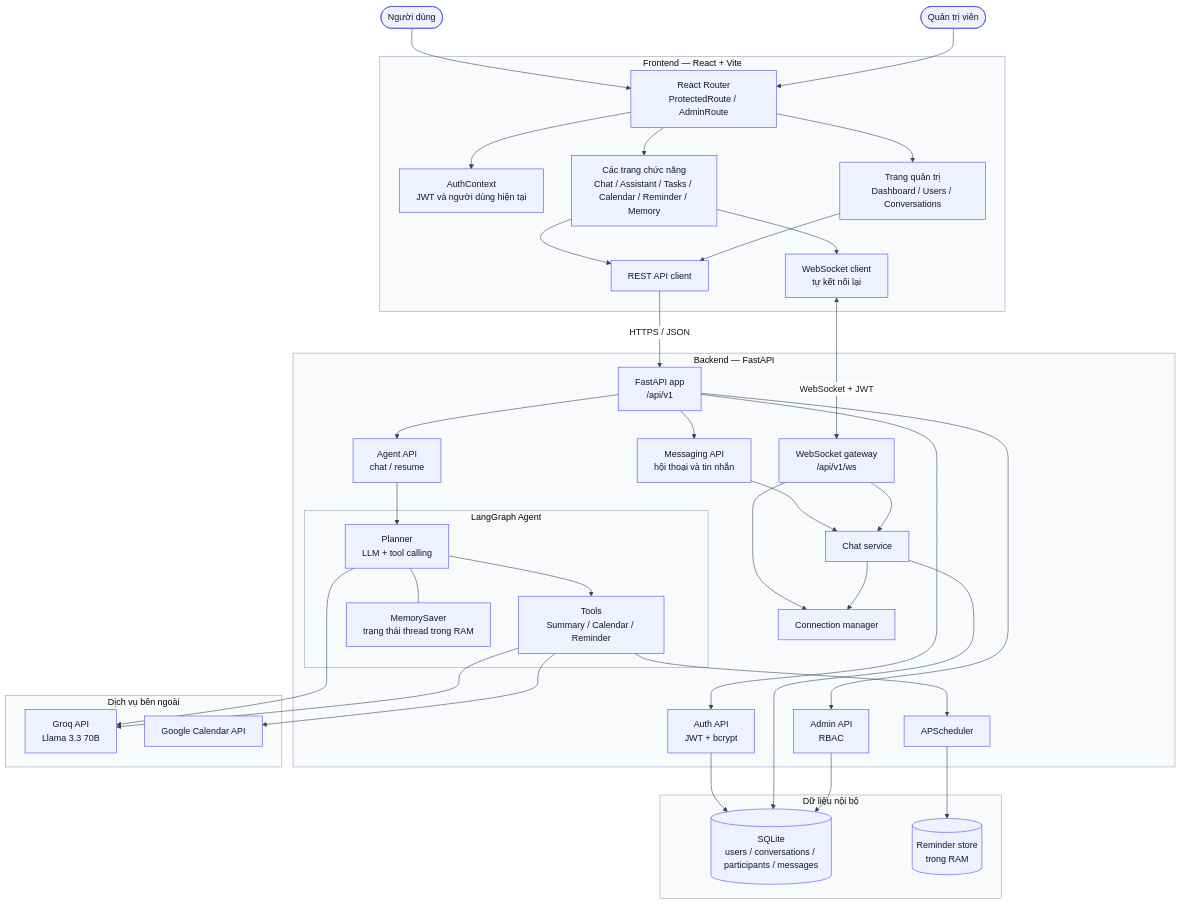
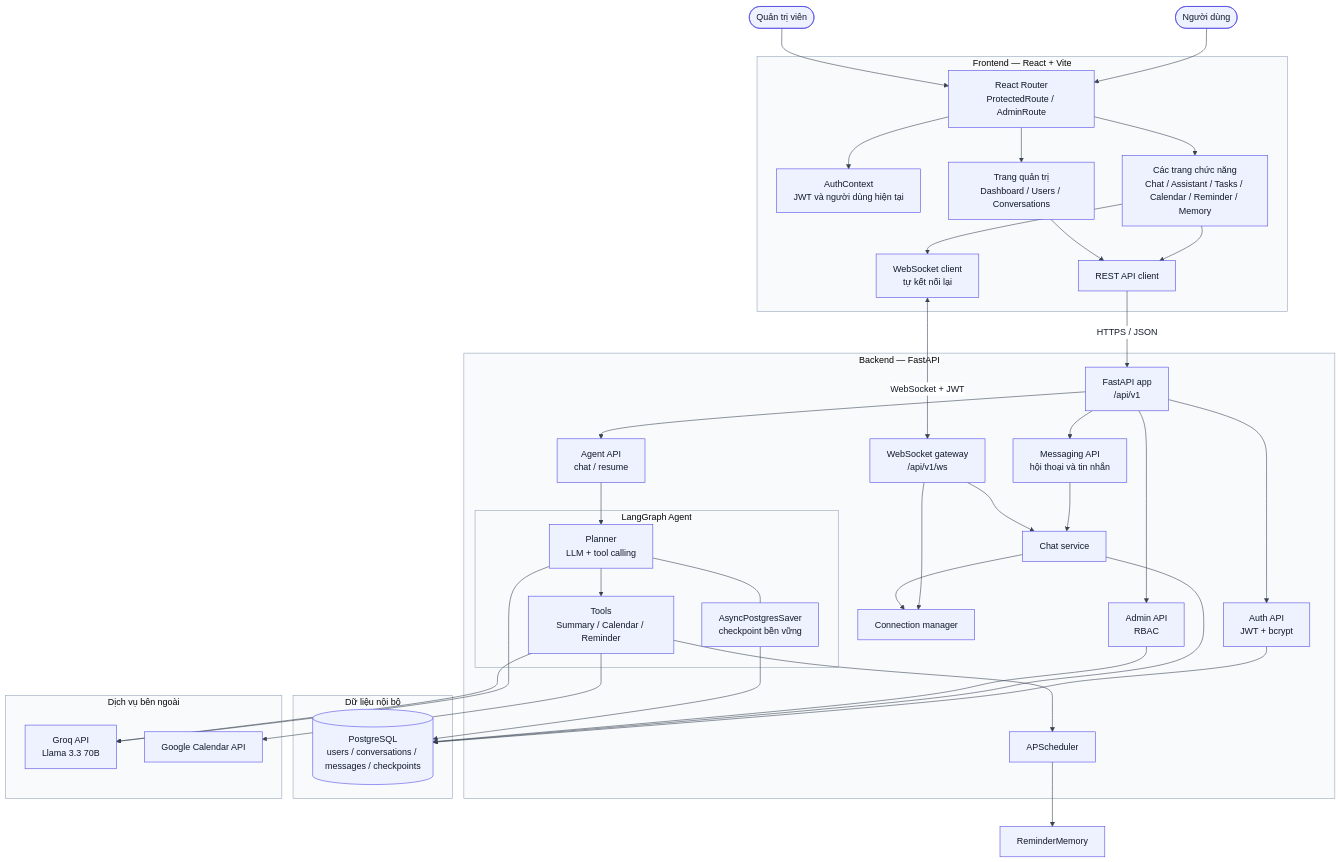
One commit to TueLT/Build-to-deploy changed the first of 3 diagrams in SYSTEM_OVERVIEW.md. Above: the diagram before and after it, drawn with Mermaid. The commit also changed other lines of this file and 7 other files, not shown here.

````diff
--- a/SYSTEM_OVERVIEW.md
+++ b/SYSTEM_OVERVIEW.md
@@ -31,75 +57,75 @@
 ```mermaid
 %%{init: {"theme": "base", "themeVariables": {"background": "#ffffff", "primaryColor": "#eef2ff", "primaryTextColor": "#111827", "primaryBorderColor": "#4f46e5", "secondaryColor": "#ecfdf5", "tertiaryColor": "#f8fafc", "lineColor": "#374151", "textColor": "#111827", "clusterBkg": "#f8fafc", "clusterBorder": "#94a3b8", "edgeLabelBackground": "#ffffff"}}}%%
 flowchart TB
     User([Người dùng])
     Admin([Quản trị viên])
 
     subgraph FE["Frontend — React + Vite"]
         Router["React Router<br/>ProtectedRoute / AdminRoute"]
         AuthContext["AuthContext<br/>JWT và người dùng hiện tại"]
         FeatureUI["Các trang chức năng<br/>Chat / Assistant / Tasks / Calendar / Reminder / Memory"]
         AdminUI["Trang quản trị<br/>Dashboard / Users / Conversations"]
         APIClient["REST API client"]
         WSClient["WebSocket client<br/>tự kết nối lại"]
     end
 
     subgraph BE["Backend — FastAPI"]
         App["FastAPI app<br/>/api/v1"]
         AuthAPI["Auth API<br/>JWT + bcrypt"]
         ChatAPI["Messaging API<br/>hội thoại và tin nhắn"]
         AdminAPI["Admin API<br/>RBAC"]
         AgentAPI["Agent API<br/>chat / resume"]
         WSGateway["WebSocket gateway<br/>/api/v1/ws"]
         ChatService["Chat service"]
         WSManager["Connection manager"]
 
         subgraph AI["LangGraph Agent"]
             Planner["Planner<br/>LLM + tool calling"]
             Tools["Tools<br/>Summary / Calendar / Reminder"]
-            Checkpoint["MemorySaver<br/>trạng thái thread trong RAM"]
+            Checkpoint["AsyncPostgresSaver<br/>checkpoint bền vững"]
         end
 
         Scheduler["APScheduler"]
     end
 
     subgraph DATA["Dữ liệu nội bộ"]
-        SQLite[("SQLite<br/>users / conversations / participants / messages")]
-        ReminderMemory[("Reminder store<br/>trong RAM")]
+        PostgreSQL[("PostgreSQL<br/>users / conversations / messages / checkpoints")]
     end
 
     subgraph EXT["Dịch vụ bên ngoài"]
         Groq["Groq API<br/>Llama 3.3 70B"]
         GoogleCalendar["Google Calendar API"]
     end
 
     User --> Router
     Admin --> Router
     Router --> AuthContext
     Router --> FeatureUI
     Router --> AdminUI
     FeatureUI --> APIClient
     FeatureUI --> WSClient
     AdminUI --> APIClient
     APIClient -->|HTTPS / JSON| App
     WSClient <-->|WebSocket + JWT| WSGateway
 
     App --> AuthAPI
     App --> ChatAPI
     App --> AdminAPI
     App --> AgentAPI
-    AuthAPI --> SQLite
-    ChatAPI --> ChatService --> SQLite
-    AdminAPI --> SQLite
+    AuthAPI --> PostgreSQL
+    ChatAPI --> ChatService --> PostgreSQL
+    AdminAPI --> PostgreSQL
     WSGateway --> ChatService
     WSGateway --> WSManager
     ChatService --> WSManager
 
     AgentAPI --> Planner
     Planner --> Groq
     Planner --> Tools
     Tools --> Groq
     Tools --> GoogleCalendar
     Tools --> Scheduler
     Scheduler --> ReminderMemory
     Planner --- Checkpoint
+    Checkpoint --> PostgreSQL
 ```
````
